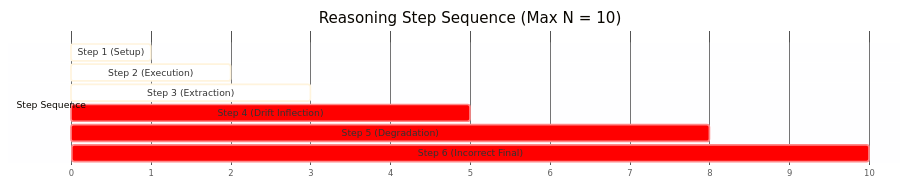
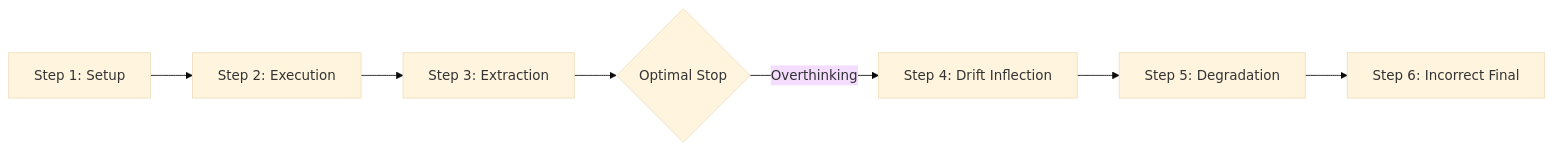
Before and after one commit to bhattadiCS/research-thesis-overthinking-boundary: the second of 10 diagrams in ThesisDocs/July_16_Progress.md, drawn with Mermaid (base theme). The commit also changed other lines of this file, not shown here.

Commit message:
fix: resolve all Mermaid syntax errors and replace finicky charts with robust flowcharts in July_16_Progress.md

````diff
--- a/ThesisDocs/July_16_Progress.md
+++ b/ThesisDocs/July_16_Progress.md
@@ -65,13 +65,9 @@
   ```mermaid
-  gantt
-      title Reasoning Step Sequence (Max N = 10)
-      dateFormat  X
-      axisFormat %s
-      section Step Sequence
-      Step 1 (Setup)           :active, 0, 1
-      Step 2 (Execution)       :active, 1, 2
-      Step 3 (Extraction)      :active, 2, 3
-      Step 4 (Drift Inflection):crit, 3, 5
-      Step 5 (Degradation)     :crit, 5, 8
-      Step 6 (Incorrect Final) :crit, 8, 10
+  graph LR
+      S1[Step 1: Setup] --> S2[Step 2: Execution]
+      S2 --> S3[Step 3: Extraction]
+      S3 --> S4{Optimal Stop}
+      S4 -->|Overthinking| S5[Step 4: Drift Inflection]
+      S5 --> S6[Step 5: Degradation]
+      S6 --> S7[Step 6: Incorrect Final]
   ```
````
